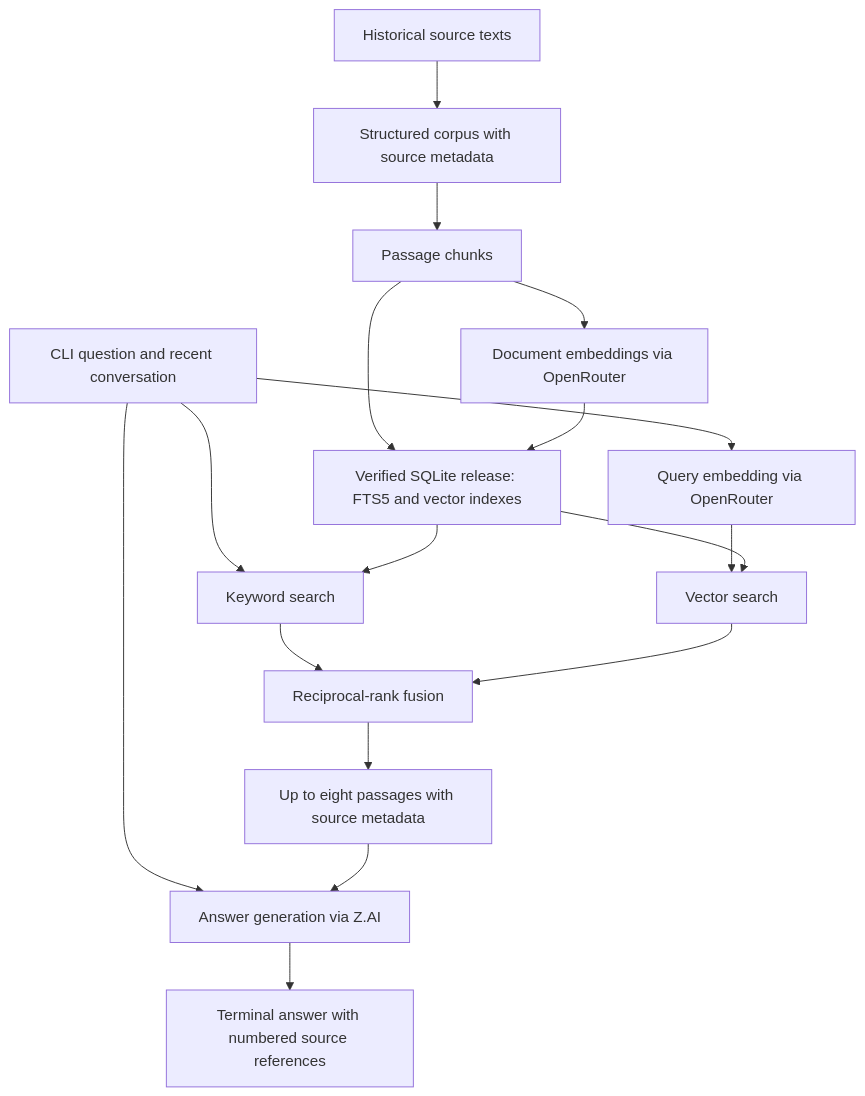
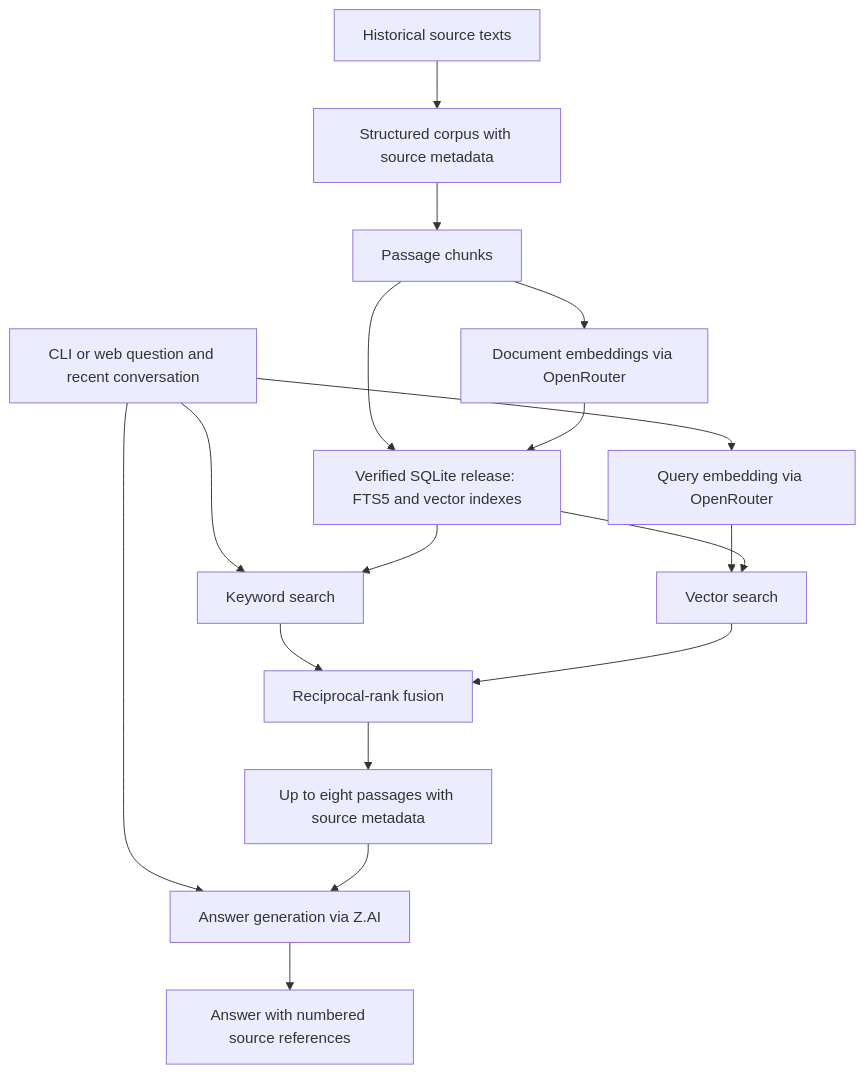
The diagram in README.md (rasagyavatsal/HomeoRemedica), drawn with Mermaid before and after one commit. The commit also changed other lines of this file and 54 other files, not shown here.

````diff
--- a/README.md
+++ b/README.md
@@ -32,19 +34,19 @@
 ```mermaid
 flowchart TD
     A[Historical source texts] --> B[Structured corpus with source metadata]
     B --> C[Passage chunks]
     C --> D[Document embeddings via OpenRouter]
     C --> E[Verified SQLite release: FTS5 and vector indexes]
     D --> E
-    Q[CLI question and recent conversation] --> K[Keyword search]
+    Q[CLI or web question and recent conversation] --> K[Keyword search]
     Q --> V[Query embedding via OpenRouter]
     V --> S[Vector search]
     E --> K
     E --> S
     K --> R[Reciprocal-rank fusion]
     S --> R
     R --> P[Up to eight passages with source metadata]
     Q --> G[Answer generation via Z.AI]
     P --> G
-    G --> O[Terminal answer with numbered source references]
+    G --> O[Answer with numbered source references]
 ```
````
